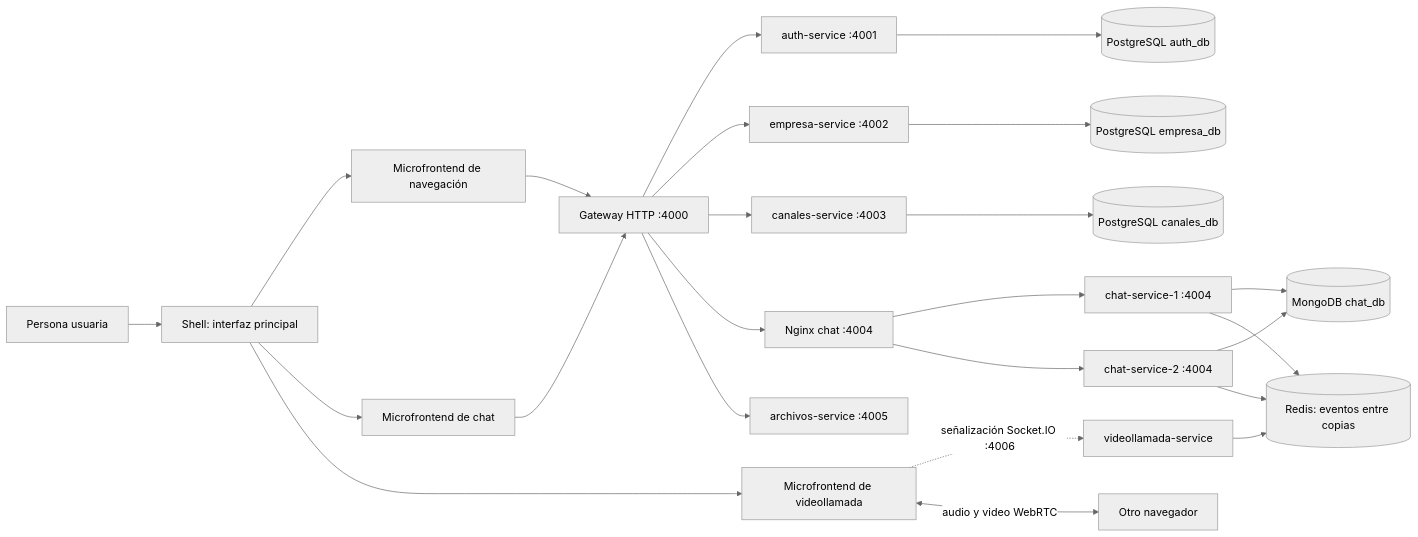
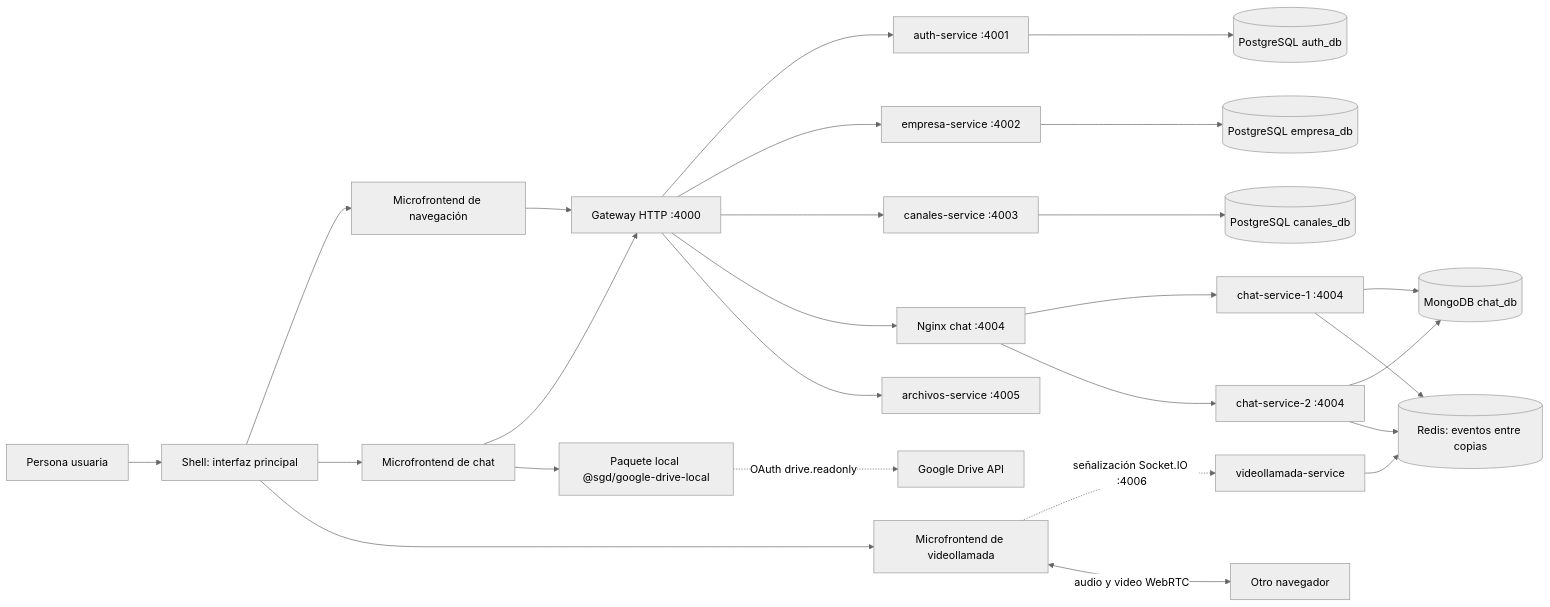
One commit to AnaVergara9/sgd-empresarial changed the diagram in docs/arquitectura.md. Above: the diagram before and after it, drawn with Mermaid (neutral theme). The commit also changed other lines of this file and 17 other files, not shown here.

Commit message:
Integra Google Drive y documenta la arquitectura

````diff
--- a/docs/arquitectura.md
+++ b/docs/arquitectura.md
@@ -15,26 +15,28 @@
 ```mermaid
 flowchart LR
   Persona[Persona usuaria] --> Shell[Shell: interfaz principal]
   Shell --> Nav[Microfrontend de navegación]
   Shell --> Chat[Microfrontend de chat]
   Shell --> Video[Microfrontend de videollamada]
   Nav --> Gateway[Gateway HTTP :4000]
   Chat --> Gateway
+  Chat --> DriveModule[Paquete local @sgd/google-drive-local]
+  DriveModule -. "OAuth drive.readonly" .-> Drive[Google Drive API]
   Gateway --> Auth[auth-service :4001]
   Gateway --> Empresa[empresa-service :4002]
   Gateway --> Canales[canales-service :4003]
   Gateway --> LB[Nginx chat :4004]
   LB --> ChatSvc1[chat-service-1 :4004]
   LB --> ChatSvc2[chat-service-2 :4004]
   Video -. "señalización Socket.IO :4006" .-> VideoSvc[videollamada-service]
   Video <-->|"audio y video WebRTC"| Participante[Otro navegador]
   Gateway --> Archivos[archivos-service :4005]
   Auth --> AuthDB[(PostgreSQL auth_db)]
   Empresa --> EmpresaDB[(PostgreSQL empresa_db)]
   Canales --> CanalesDB[(PostgreSQL canales_db)]
   ChatSvc1 --> ChatDB[(MongoDB chat_db)]
   ChatSvc2 --> ChatDB
   ChatSvc1 --> Redis[(Redis: eventos entre copias)]
   ChatSvc2 --> Redis
   VideoSvc --> Redis
 ```
````
